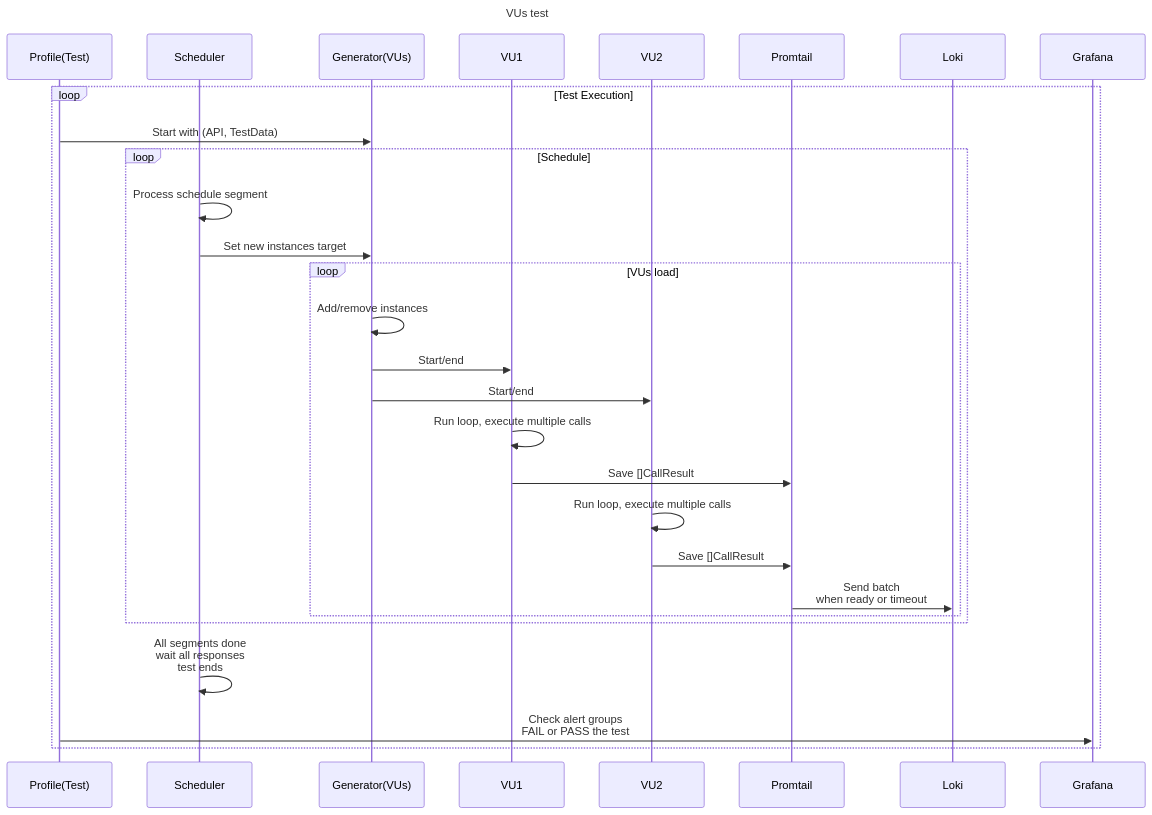
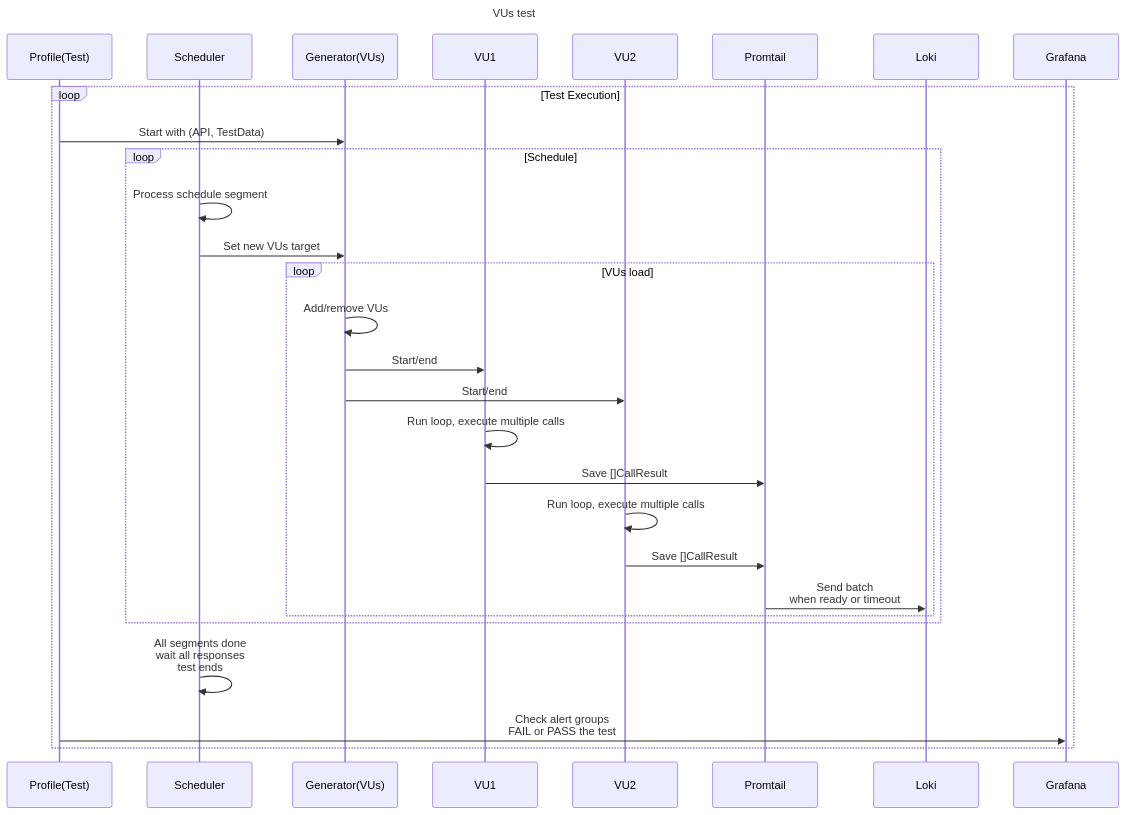
The third of 4 diagrams in TUTORIAL.md (smartcontractkit/wasp), drawn with Mermaid before and after one commit. The commit also changed other lines of this file and 1 other file, not shown here.

````diff
--- a/TUTORIAL.md
+++ b/TUTORIAL.md
@@ -66,33 +114,33 @@
 ```mermaid
 ---
 title: VUs test
 ---
 sequenceDiagram
     participant Profile(Test)
     participant Scheduler
     participant Generator(VUs)
     participant VU1
     participant VU2
     participant Promtail
     participant Loki
     participant Grafana
     loop Test Execution
         Profile(Test) ->> Generator(VUs): Start with (API, TestData)
         loop Schedule
             Scheduler ->> Scheduler: Process schedule segment
-            Scheduler ->> Generator(VUs): Set new instances target
+            Scheduler ->> Generator(VUs): Set new VUs target
             loop VUs load
-                Generator(VUs) ->> Generator(VUs): Add/remove instances
+                Generator(VUs) ->> Generator(VUs): Add/remove VUs
                 Generator(VUs) ->> VU1: Start/end
                 Generator(VUs) ->> VU2: Start/end
                 VU1 ->> VU1: Run loop, execute multiple calls
                 VU1 ->> Promtail: Save []CallResult
                 VU2 ->> VU2: Run loop, execute multiple calls
                 VU2 ->> Promtail: Save []CallResult
                 Promtail ->> Loki: Send batch<br/>when ready or timeout
             end
         end
         Scheduler ->> Scheduler: All segments done<br/>wait all responses<br/>test ends
         Profile(Test) ->> Grafana: Check alert groups<br/>FAIL or PASS the test
     end
 ```
````
